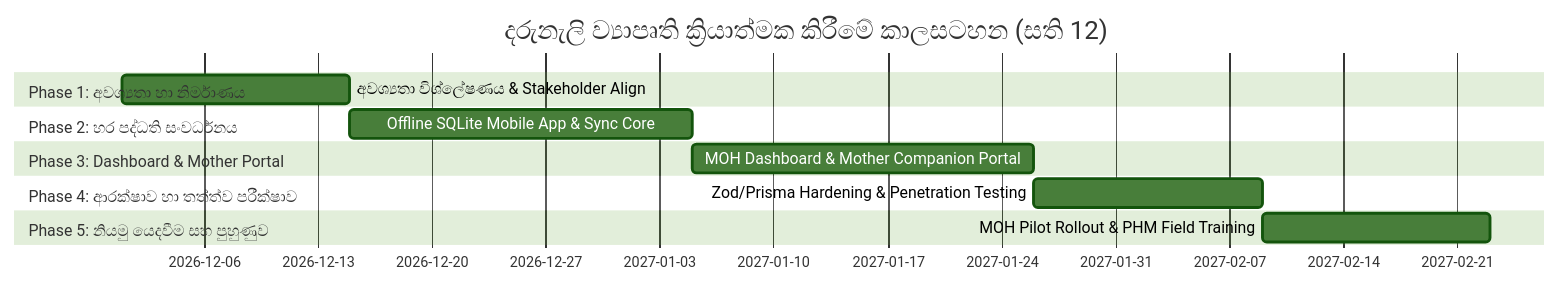
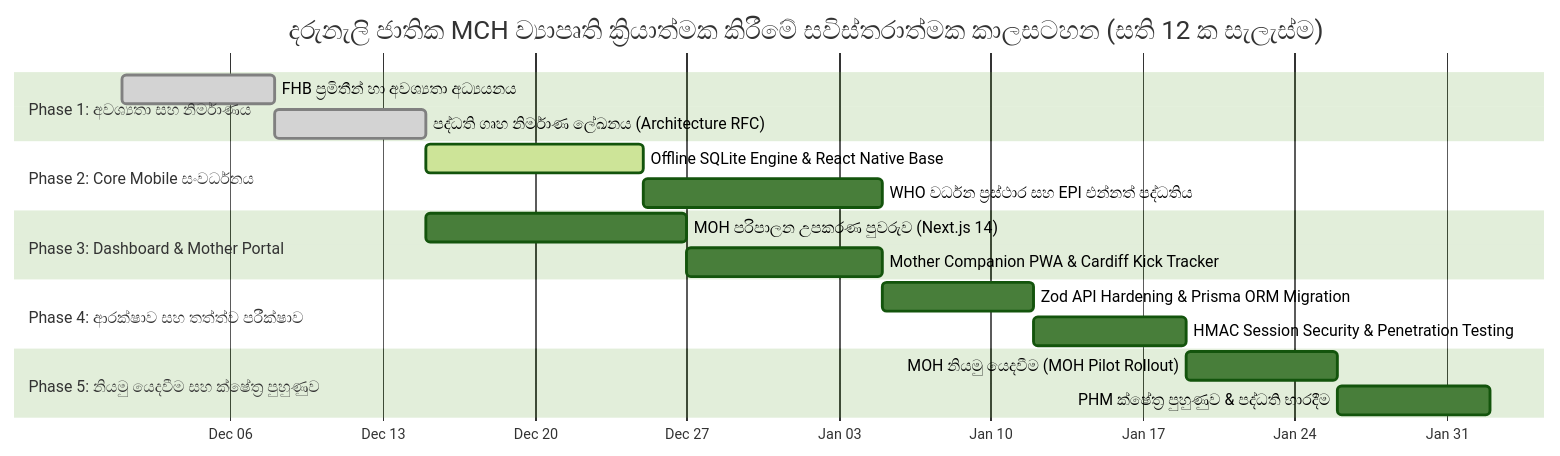
Before and after one commit to ShameenRoopasingha/Daruneli: the second of 2 diagrams in docs/proposals/2026-11-24-daruneli-mch-project-proposal.md, drawn with Mermaid (forest theme). The commit also changed other lines of this file and 3 other files, not shown here.

Commit message:
style(docs): maximize diagram size and typography clarity in executive PDF proposal

````diff
--- a/docs/proposals/2026-11-24-daruneli-mch-project-proposal.md
+++ b/docs/proposals/2026-11-24-daruneli-mch-project-proposal.md
@@ -132,15 +141,21 @@
 ```mermaid
 gantt
-    title දරුනැලි ව්‍යාපෘති ක්‍රියාත්මක කිරීමේ කාලසටහන (සති 12)
+    title දරුනැලි ජාතික MCH ව්‍යාපෘති ක්‍රියාත්මක කිරීමේ සවිස්තරාත්මක කාලසටහන (සති 12 ක සැලැස්ම)
     dateFormat  YYYY-MM-DD
-    section Phase 1: අවශ්‍යතා හා නිර්මාණය
-    අවශ්‍යතා විශ්ලේෂණය & Stakeholder Align      :p1, 2026-12-01, 14d
-    section Phase 2: හර පද්ධති සංවර්ධනය
-    Offline SQLite Mobile App & Sync Core       :p2, after p1, 21d
+    axisFormat  %b %d
+    section Phase 1: අවශ්‍යතා සහ නිර්මාණය
+    FHB ප්‍රමිතීන් හා අවශ්‍යතා අධ්‍යයනය          :done, p1_1, 2026-12-01, 7d
+    පද්ධති ගෘහ නිර්මාණ ලේඛනය (Architecture RFC)  :done, p1_2, after p1_1, 7d
+    section Phase 2: Core Mobile සංවර්ධනය
+    Offline SQLite Engine & React Native Base   :active, p2_1, after p1_2, 10d
+    WHO වර්ධන ප්‍රස්ථාර සහ EPI එන්නත් පද්ධතිය     :p2_2, after p2_1, 11d
     section Phase 3: Dashboard & Mother Portal
-    MOH Dashboard & Mother Companion Portal     :p3, after p2, 21d
-    section Phase 4: ආරක්ෂාව හා තත්ත්ව පරීක්ෂාව
-    Zod/Prisma Hardening & Penetration Testing  :p4, after p3, 14d
-    section Phase 5: නියමු යෙදවීම සහ පුහුණුව
-    MOH Pilot Rollout & PHM Field Training     :p5, after p4, 14d
+    MOH පරිපාලන උපකරණ පුවරුව (Next.js 14)       :p3_1, after p1_2, 12d
+    Mother Companion PWA & Cardiff Kick Tracker :p3_2, after p3_1, 9d
+    section Phase 4: ආරක්ෂාව සහ තත්ත්ව පරීක්ෂාව
+    Zod API Hardening & Prisma ORM Migration    :p4_1, after p2_2, 7d
+    HMAC Session Security & Penetration Testing :p4_2, after p4_1, 7d
+    section Phase 5: නියමු යෙදවීම සහ ක්ෂේත්‍ර පුහුණුව
+    MOH නියමු යෙදවීම (MOH Pilot Rollout)        :p5_1, after p4_2, 7d
+    PHM ක්ෂේත්‍ර පුහුණුව & පද්ධති භාරදීම          :p5_2, after p5_1, 7d
 ```
````
